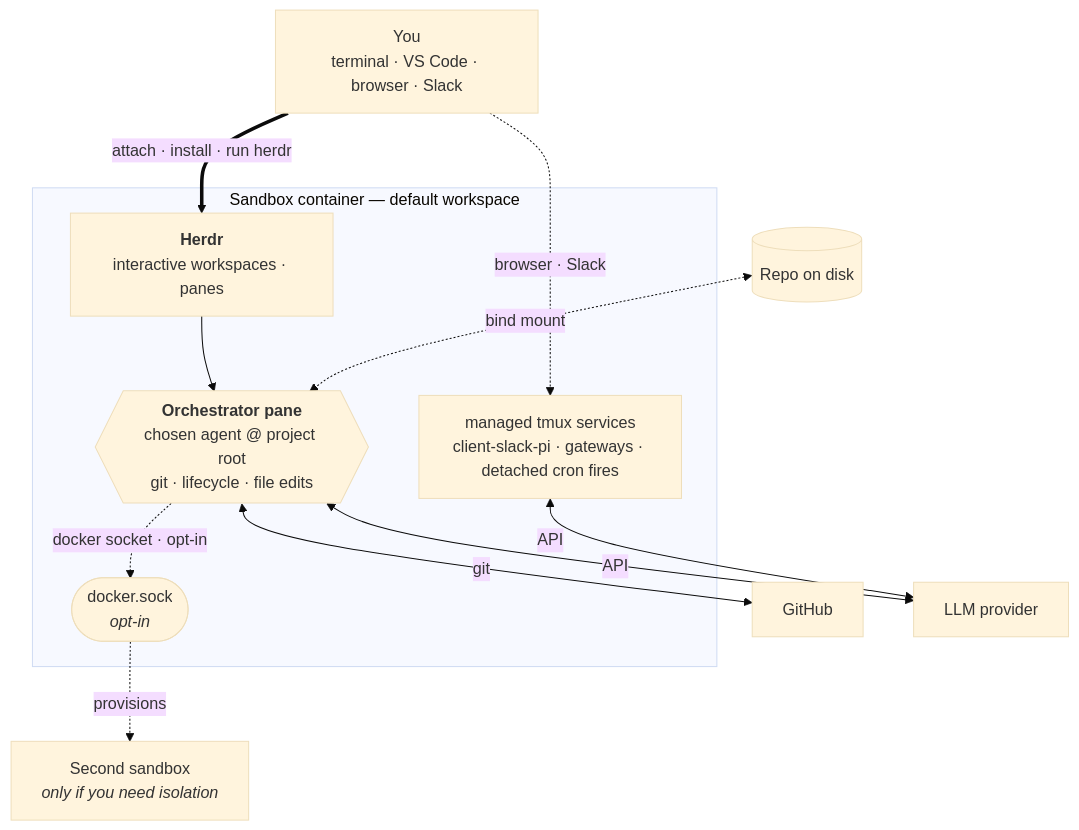
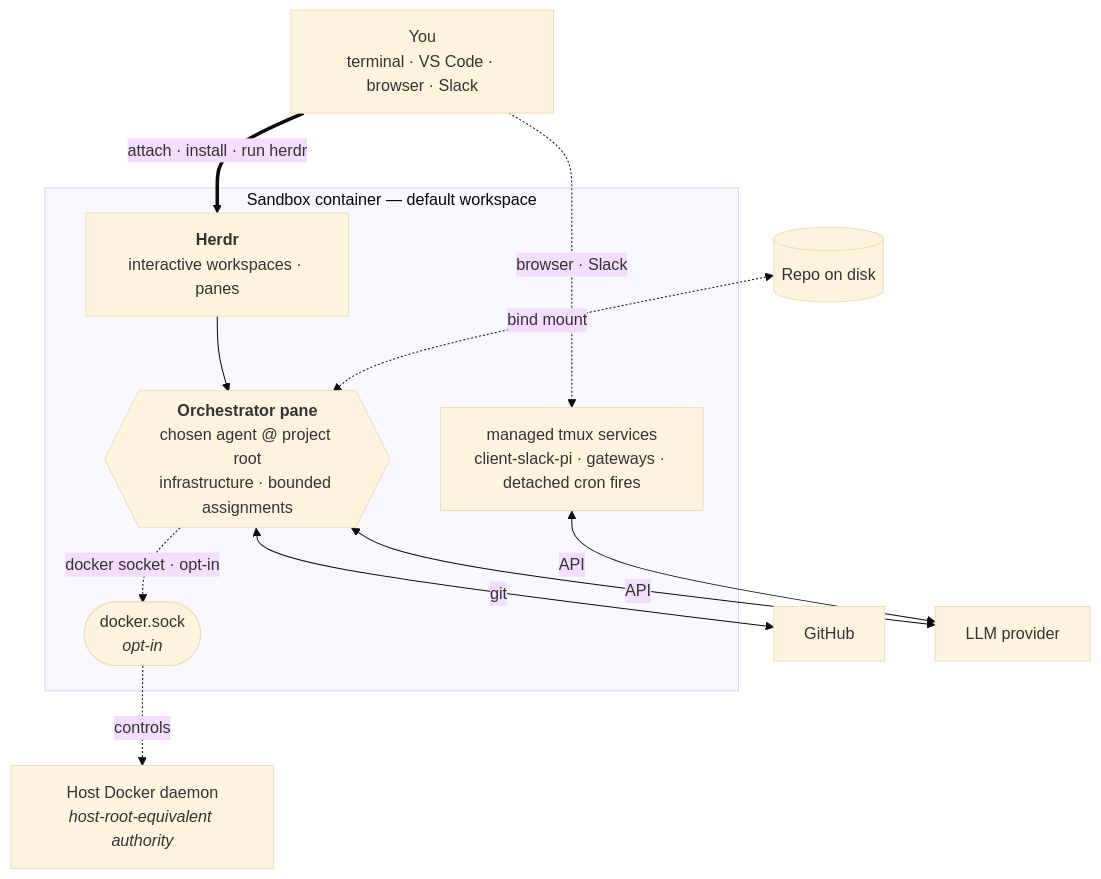
The diagram in docs/intro.md (mifunedev/agro), drawn with Mermaid (base theme) before and after one commit. The commit also changed other lines of this file and 9 other files, not shown here.

````diff
--- a/docs/intro.md
+++ b/docs/intro.md
@@ -31,26 +38,26 @@
 ```mermaid
 flowchart TB
     You["You<br/>terminal · VS Code · browser · Slack"]
     Repo[("Repo on disk")]
     GH["GitHub"]
     LLM["LLM provider"]
 
     subgraph sandbox["Sandbox container — default workspace"]
         Herdr["<b>Herdr</b><br/>interactive workspaces · panes"]
-        Orch{{"<b>Orchestrator pane</b><br/>chosen agent @ project root<br/>git · lifecycle · file edits"}}
+        Orch{{"<b>Orchestrator pane</b><br/>chosen agent @ project root<br/>infrastructure · bounded assignments"}}
         Tmux["managed tmux services<br/>client-slack-pi · gateways · detached cron fires"]
         Sock(["docker.sock<br/><i>opt-in</i>"])
     end
 
-    Sb2["Second sandbox<br/><i>only if you need isolation</i>"]
+    Docker["Host Docker daemon<br/><i>host-root-equivalent authority</i>"]
 
     You ==>|attach · install · run herdr| Herdr
     Herdr --> Orch
     You -.->|browser · Slack| Tmux
     Repo <-.->|bind mount| Orch
     Orch <-->|git| GH
     Orch <-->|API| LLM
     Tmux <-->|API| LLM
     Orch -.->|docker socket · opt-in| Sock
-    Sock -.->|provisions| Sb2
+    Sock -.->|controls| Docker
 ```
````
